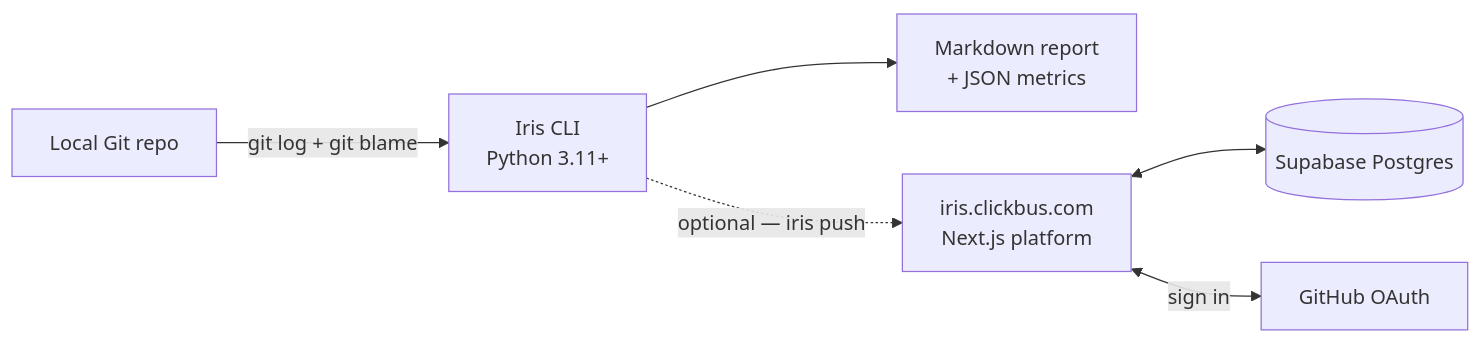
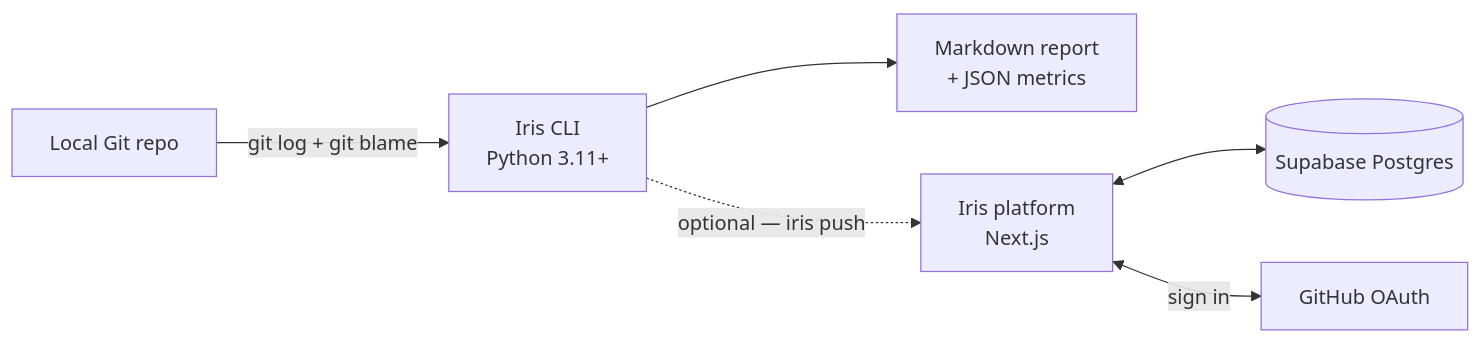
Before and after one commit to RocketBus/iris: the diagram in README.md, drawn with Mermaid. The commit also changed other lines of this file and 45 other files, not shown here.

````diff
--- a/README.md
+++ b/README.md
@@ -184,15 +186,15 @@
 ```mermaid
 flowchart LR
     Repo[Local Git repo]
     CLI[Iris CLI<br/>Python 3.11+]
     Report[Markdown report<br/>+ JSON metrics]
-    Plat[iris.clickbus.com<br/>Next.js platform]
+    Plat[Iris platform<br/>Next.js]
     DB[(Supabase Postgres)]
     GH[GitHub OAuth]
 
     Repo -->|git log + git blame| CLI
     CLI --> Report
     CLI -.->|optional &mdash;&nbsp;iris push| Plat
     Plat <--> DB
     Plat <-->|sign in| GH
 ```
````
